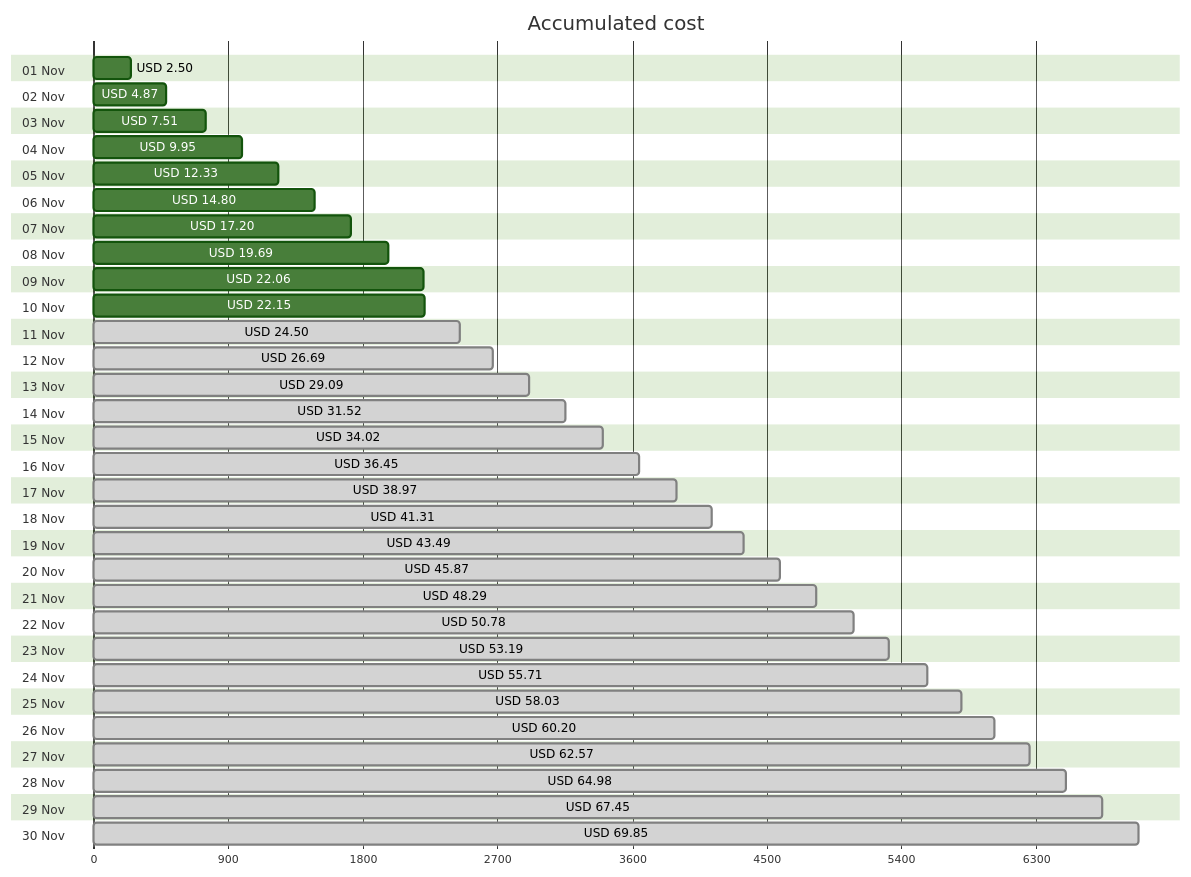
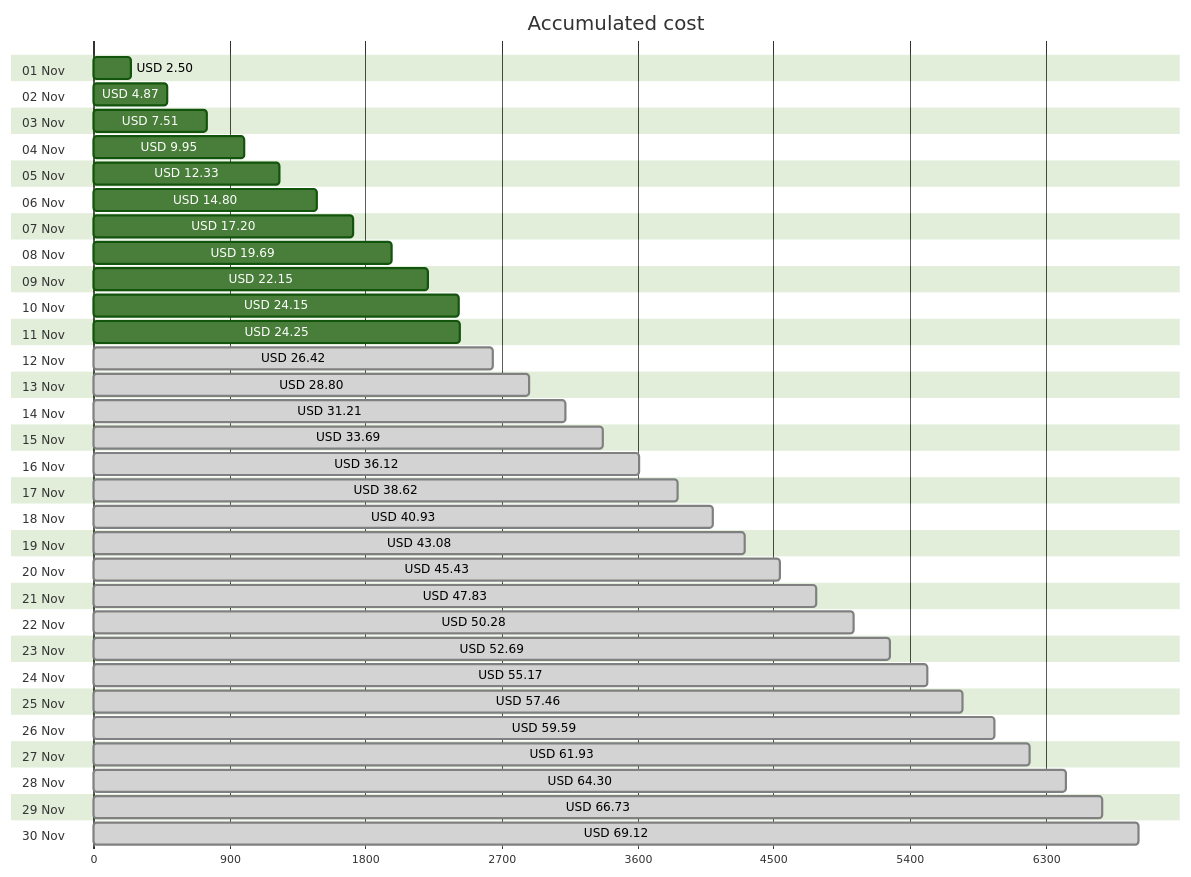
The first of 4 diagrams in cost-reports/accumulated-cost.md (jpfulton/azure-personal-reports), drawn with Mermaid (forest theme) before and after one commit. The commit also changed other lines of this file and 4 other files, not shown here.

````diff
--- a/cost-reports/accumulated-cost.md
+++ b/cost-reports/accumulated-cost.md
@@ -20,66 +20,66 @@
 ```mermaid
 gantt
    title Accumulated cost
    dateFormat  X
    axisFormat %s
    section 01 Nov
    USD 2.50 :0, 250
    section 02 Nov
    USD 4.87 :0, 487
    section 03 Nov
    USD 7.51 :0, 751
    section 04 Nov
    USD 9.95 :0, 995
    section 05 Nov
    USD 12.33 :0, 1233
    section 06 Nov
    USD 14.80 :0, 1480
    section 07 Nov
    USD 17.20 :0, 1720
    section 08 Nov
    USD 19.69 :0, 1969
    section 09 Nov
-   USD 22.06 :0, 2206
+   USD 22.15 :0, 2215
    section 10 Nov
-   USD 22.15 :0, 2215
+   USD 24.15 :0, 2415
    section 11 Nov
-   USD 24.50 : done, 0, 2450
+   USD 24.25 :0, 2425
    section 12 Nov
-   USD 26.69 : done, 0, 2669
+   USD 26.42 : done, 0, 2642
    section 13 Nov
-   USD 29.09 : done, 0, 2909
+   USD 28.80 : done, 0, 2880
    section 14 Nov
-   USD 31.52 : done, 0, 3152
+   USD 31.21 : done, 0, 3121
    section 15 Nov
-   USD 34.02 : done, 0, 3402
+   USD 33.69 : done, 0, 3369
    section 16 Nov
-   USD 36.45 : done, 0, 3645
+   USD 36.12 : done, 0, 3612
    section 17 Nov
-   USD 38.97 : done, 0, 3897
+   USD 38.62 : done, 0, 3862
    section 18 Nov
-   USD 41.31 : done, 0, 4131
+   USD 40.93 : done, 0, 4093
    section 19 Nov
-   USD 43.49 : done, 0, 4349
+   USD 43.08 : done, 0, 4308
    section 20 Nov
-   USD 45.87 : done, 0, 4587
+   USD 45.43 : done, 0, 4543
    section 21 Nov
-   USD 48.29 : done, 0, 4829
+   USD 47.83 : done, 0, 4783
    section 22 Nov
-   USD 50.78 : done, 0, 5078
+   USD 50.28 : done, 0, 5028
    section 23 Nov
-   USD 53.19 : done, 0, 5319
+   USD 52.69 : done, 0, 5269
    section 24 Nov
-   USD 55.71 : done, 0, 5571
+   USD 55.17 : done, 0, 5517
    section 25 Nov
-   USD 58.03 : done, 0, 5803
+   USD 57.46 : done, 0, 5746
    section 26 Nov
-   USD 60.20 : done, 0, 6020
+   USD 59.59 : done, 0, 5959
    section 27 Nov
-   USD 62.57 : done, 0, 6257
+   USD 61.93 : done, 0, 6193
    section 28 Nov
-   USD 64.98 : done, 0, 6498
+   USD 64.30 : done, 0, 6430
    section 29 Nov
-   USD 67.45 : done, 0, 6745
+   USD 66.73 : done, 0, 6673
    section 30 Nov
-   USD 69.85 : done, 0, 6985
+   USD 69.12 : done, 0, 6912
 ```
````
